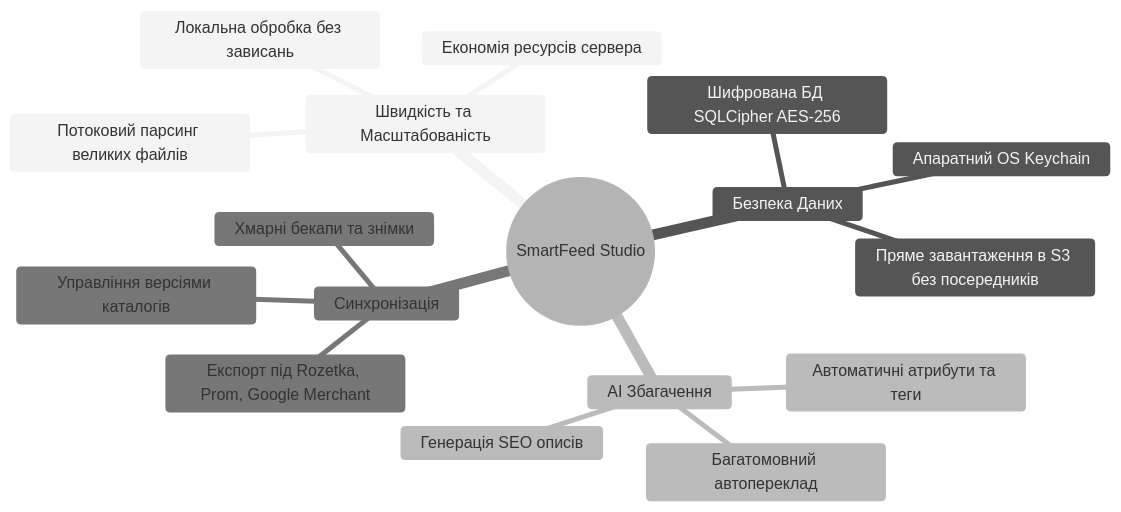
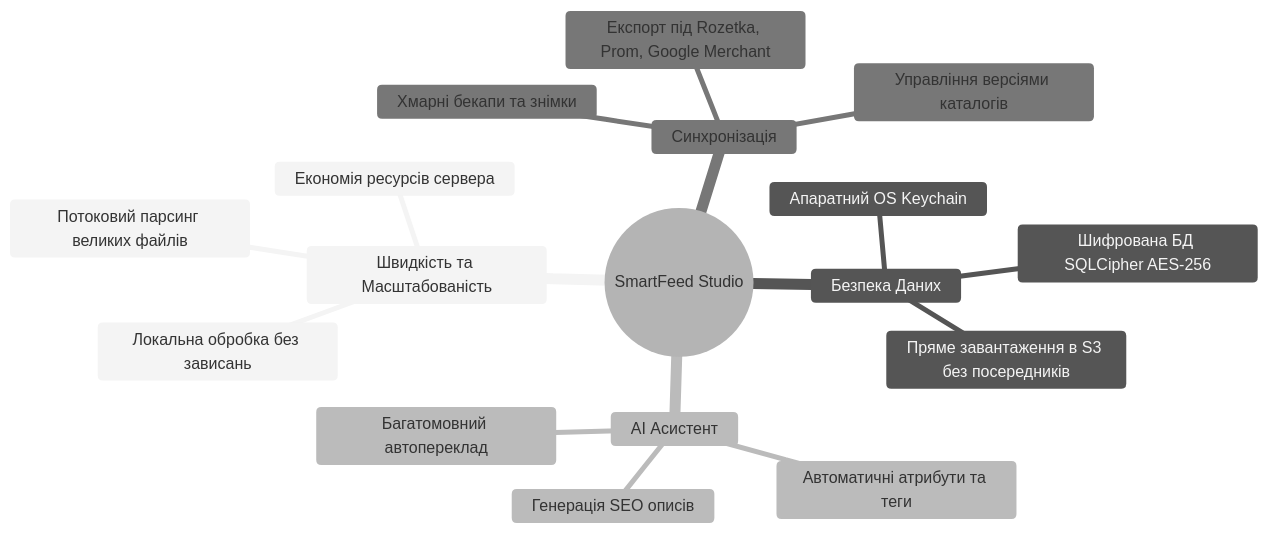
The diagram in wiki/01-overview/product-vision.md (OlegFutornoi/SmartFeedStudio), drawn with Mermaid (neutral theme) before and after one commit. The commit also changed 48 other files, not shown here.

````diff
--- a/wiki/01-overview/product-vision.md
+++ b/wiki/01-overview/product-vision.md
@@ -9,20 +9,20 @@
 ```mermaid
 mindmap
   root((SmartFeed Studio))
     Швидкість та Масштабованість
       Потоковий парсинг великих файлів
       Локальна обробка без зависань
       Економія ресурсів сервера
     Безпека Даних
       Апаратний OS Keychain
       Шифрована БД SQLCipher AES-256
       Пряме завантаження в S3 без посередників
-    AI Збагачення
+    AI Асистент
       Генерація SEO описів
       Автоматичні атрибути та теги
       Багатомовний автопереклад
     Синхронізація
       Експорт під Rozetka, Prom, Google Merchant
       Хмарні бекапи та знімки
       Управління версіями каталогів
 ```
````
